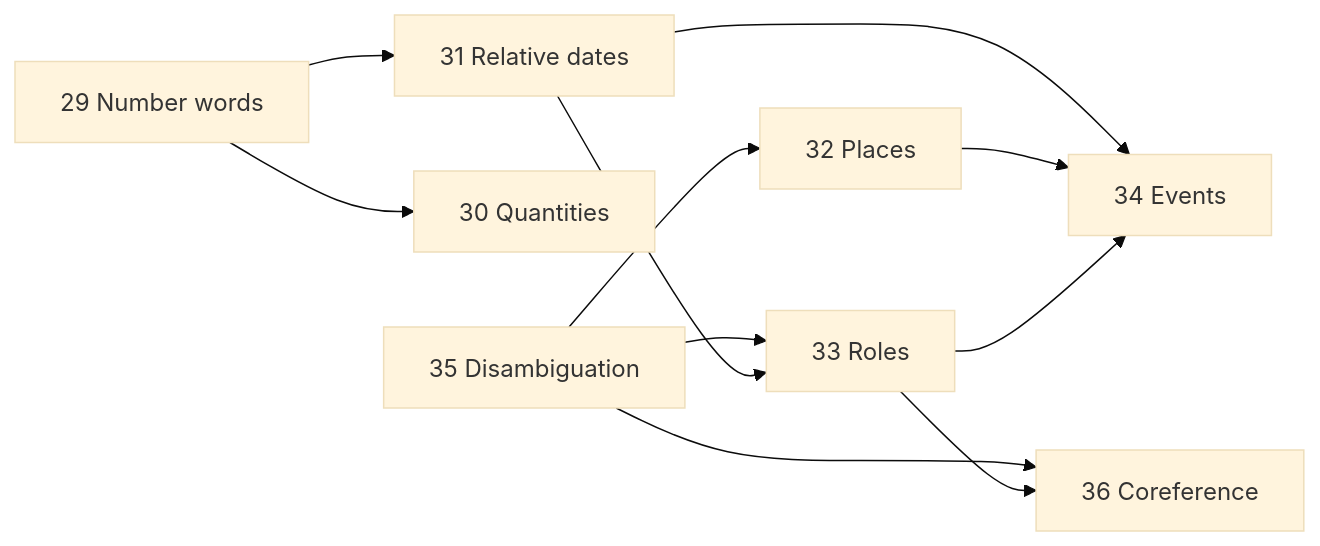
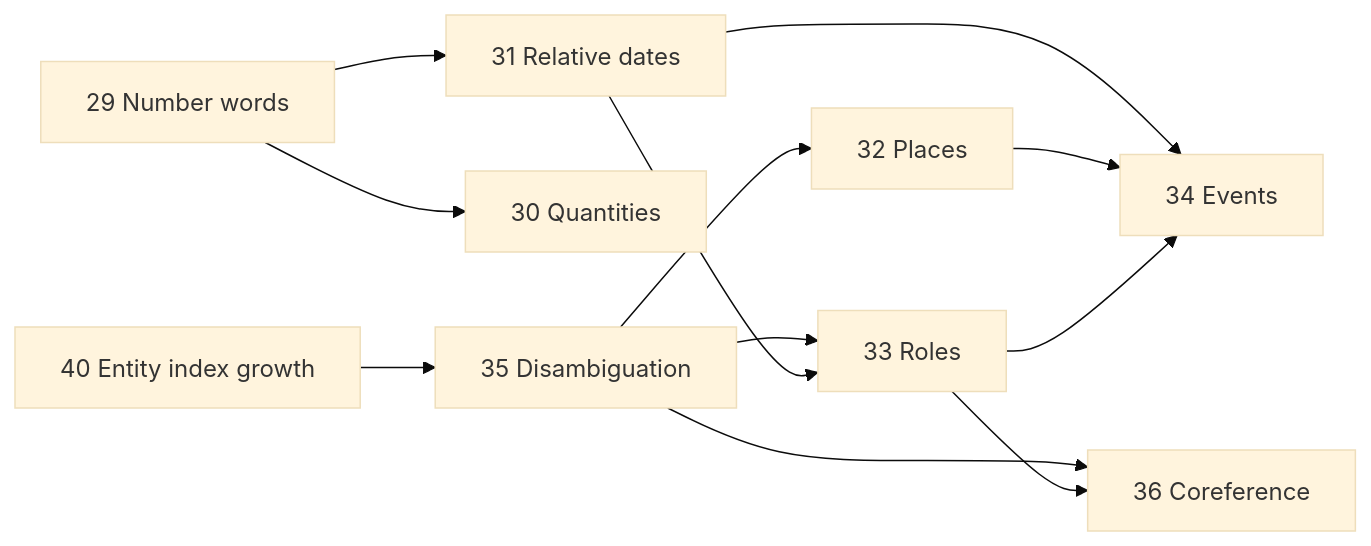
The diagram in docs/tickets/ROADMAP-SEMANTIC-EXPANSION-2026-11-19.md (Marcuss-ops/BrainRust), drawn with Mermaid (base theme) before and after one commit. The commit also changed other lines of this file, not shown here.

Commit message:
docs: wire entity index prerequisite into roadmap

````diff
--- a/docs/tickets/ROADMAP-SEMANTIC-EXPANSION-2026-11-19.md
+++ b/docs/tickets/ROADMAP-SEMANTIC-EXPANSION-2026-11-19.md
@@ -39,13 +41,14 @@
 ```mermaid
 flowchart LR
-  T35[35 Disambiguation] --> T32[32 Places]
+  T40[40 Entity index growth] --> T35[35 Disambiguation]
+  T35 --> T32[32 Places]
   T35 --> T33[33 Roles]
   T35 --> T36[36 Coreference]
   T29[29 Number words] --> T30[30 Quantities]
   T29 --> T31[31 Relative dates]
   T31 --> T33
   T31 --> T34[34 Events]
   T32 --> T34
   T33 --> T34
   T33 --> T36
 ```
````
